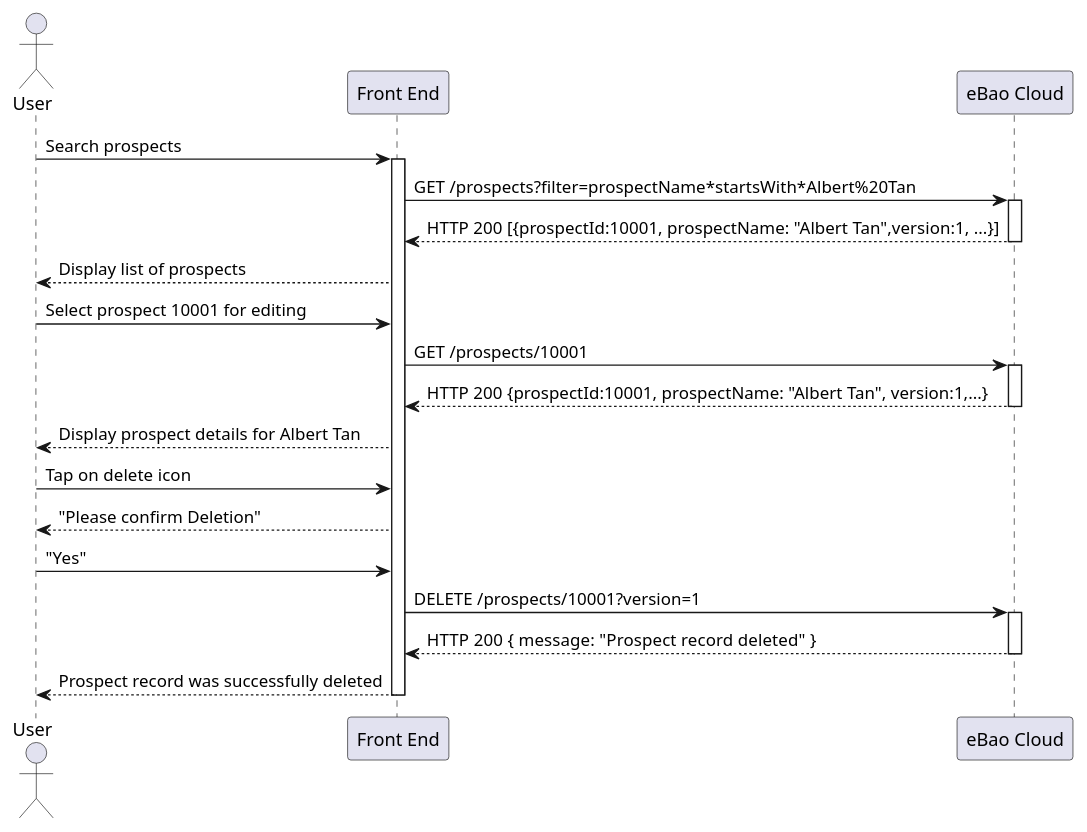
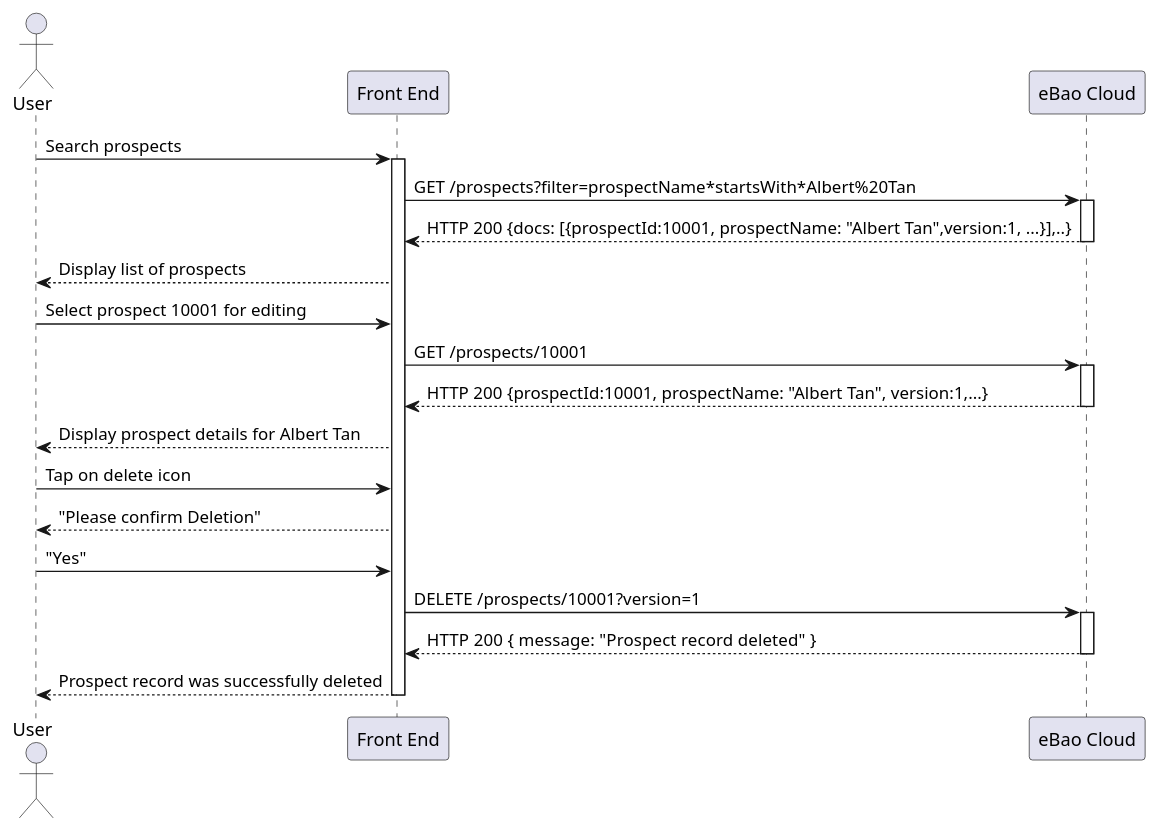
The fifth of 9 diagrams in markdown/prospects.md (yitchoong/cloudapi), drawn with PlantUML before and after one commit. The commit also changed other lines of this file and 41 other files, not shown here.

````diff
--- a/markdown/prospects.md
+++ b/markdown/prospects.md
@@ -168,27 +168,27 @@
 ```puml
 actor User
 participant "Front End" as F
 participant "eBao Cloud" as ebao
 User -> F : Search prospects
 activate F
 F -> ebao : GET /prospects?filter=prospectName*startsWith*Albert%20Tan
 activate ebao
-ebao --> F : HTTP 200 [{prospectId:10001, prospectName: "Albert Tan",version:1, ...}]
+ebao --> F : HTTP 200 {docs: [{prospectId:10001, prospectName: "Albert Tan",version:1, ...}],..}
 deactivate ebao
 F --> User: Display list of prospects
 User -> F : Select prospect 10001 for editing
 F -> ebao : GET /prospects/10001
 activate ebao
 ebao --> F : HTTP 200 {prospectId:10001, prospectName: "Albert Tan", version:1,...}
 deactivate ebao
 F --> User : Display prospect details for Albert Tan
 User -> F : Tap on delete icon
 F --> User : "Please confirm Deletion"
 User -> F : "Yes"
 F -> ebao : DELETE /prospects/10001?version=1
 activate ebao
 ebao --> F : HTTP 200 { message: "Prospect record deleted"  }
 deactivate ebao
 F --> User : Prospect record was successfully deleted
 deactivate F
 ```
````
